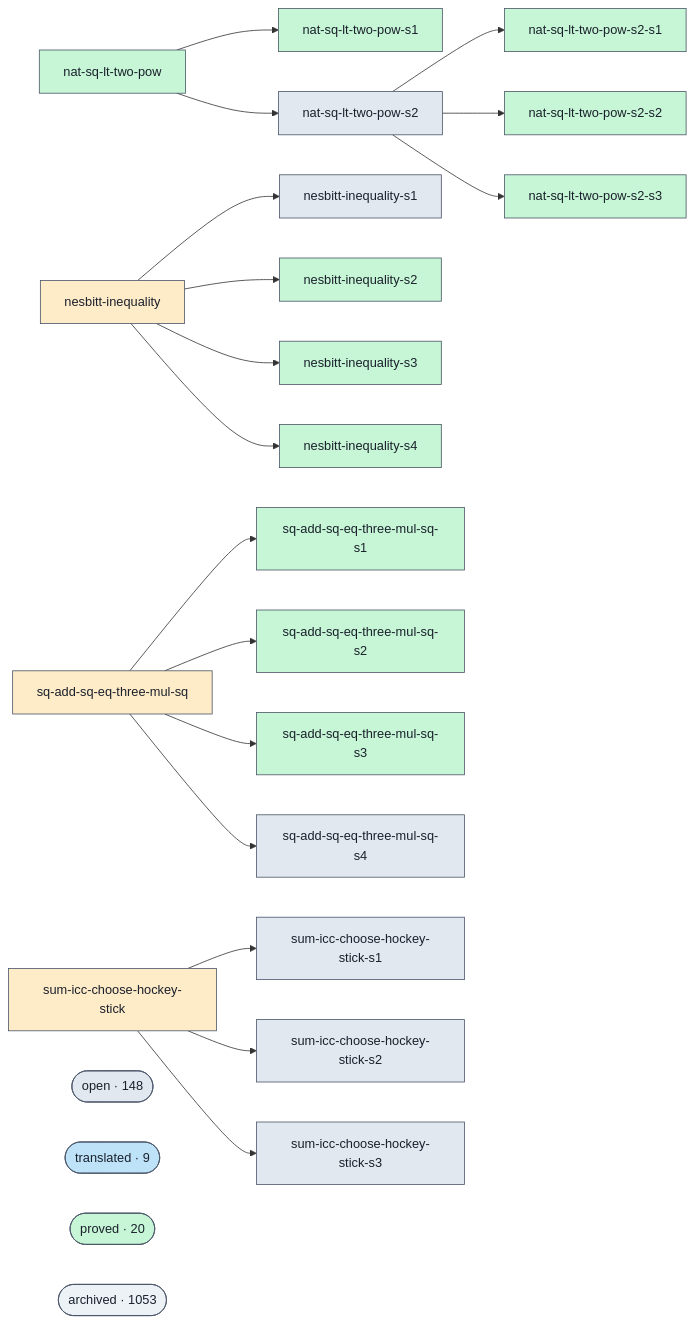
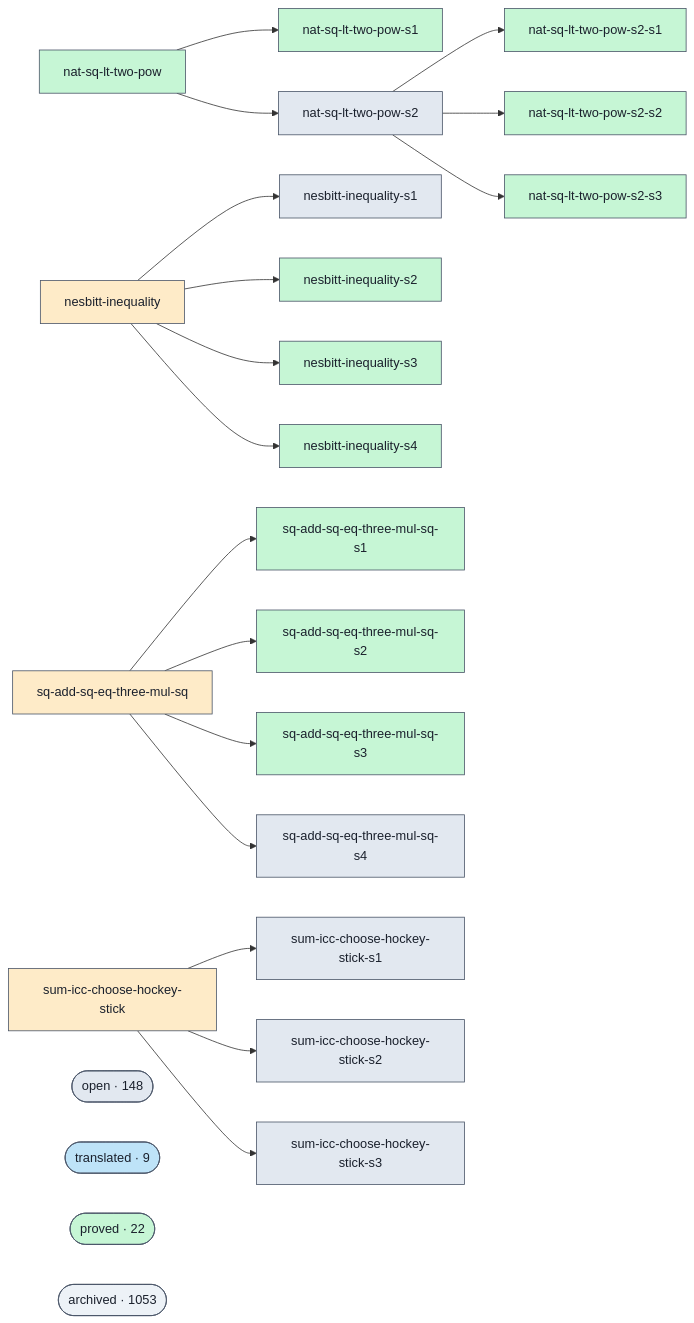
Before and after one commit to ohdearquant/unsorry: the diagram in docs/proofs-contributors-visualisation.md, drawn with Mermaid. The commit also changed other lines of this file and 2 other files, not shown here.

```diff
--- a/docs/proofs-contributors-visualisation.md
+++ b/docs/proofs-contributors-visualisation.md
@@ -102,7 +102,7 @@
   class cluster_open open;
   cluster_translated(["translated · 9"])
   class cluster_translated translated;
-  cluster_proved(["proved · 20"])
+  cluster_proved(["proved · 22"])
   class cluster_proved proved;
   cluster_archived(["archived · 1053"])
   class cluster_archived unknown;
```
